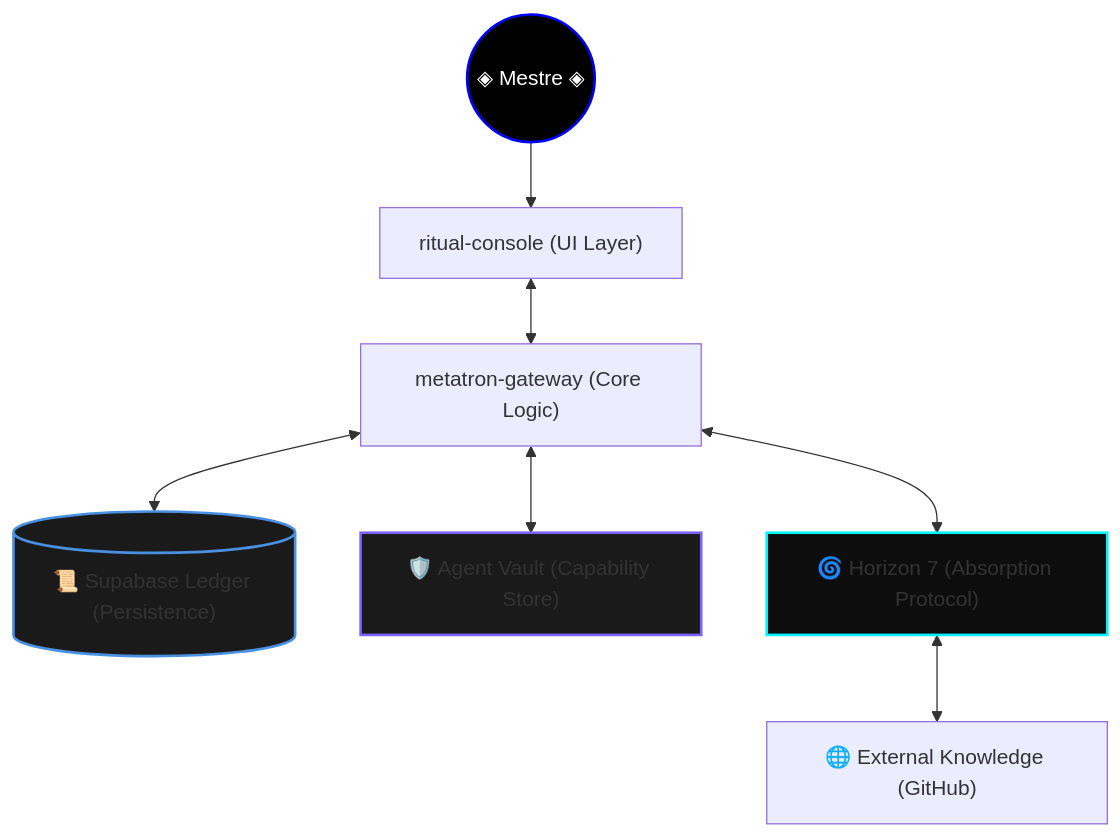
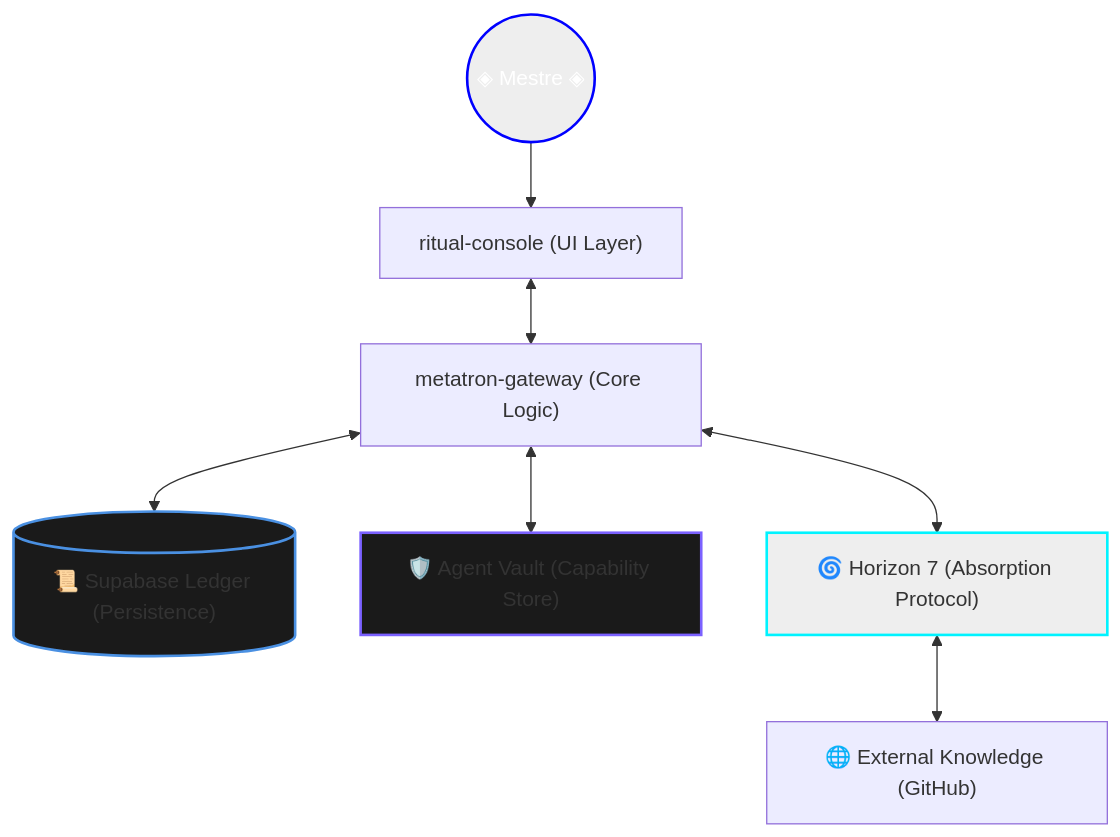
The diagram in README.md (zansued/metatrongui), drawn with Mermaid before and after one commit.

Commit message:
Change User and Horizon7 styles in README
Updated styling for User and Horizon7 elements in the diagram.

````diff
--- a/README.md
+++ b/README.md
@@ -11,25 +11,25 @@
 ```mermaid
 graph TD
     %% Nodes
     User(("◈ Mestre ◈"))
     Console["ritual-console (UI Layer)"]
     Gateway["metatron-gateway (Core Logic)"]
     Ledger[("📜 Supabase Ledger (Persistence)")]
     Vault["🛡️ Agent Vault (Capability Store)"]
     Horizon7["🌀 Horizon 7 (Absorption Protocol)"]
     ExternalGit["🌐 External Knowledge (GitHub)"]
 
     %% Connections
     User --> Console
     Console <--> Gateway
     Gateway <--> Ledger
     Gateway <--> Vault
     Gateway <--> Horizon7
     Horizon7 <--> ExternalGit
 
     %% Styling
-    style User fill:#000,stroke:#00f,stroke-width:2px,color:#fff
+    style User fill:#eee,stroke:#00f,stroke-width:2px,color:#fff
     style Ledger fill:#1a1a1a,stroke:#4a90e2,stroke-width:2px
     style Vault fill:#1a1a1a,stroke:#7b61ff,stroke-width:2px
-    style Horizon7 fill:#0d0d0d,stroke:#00f3ff,stroke-width:2px
+    style Horizon7 fill:#eee,stroke:#00f3ff,stroke-width:2px
 ```
````
